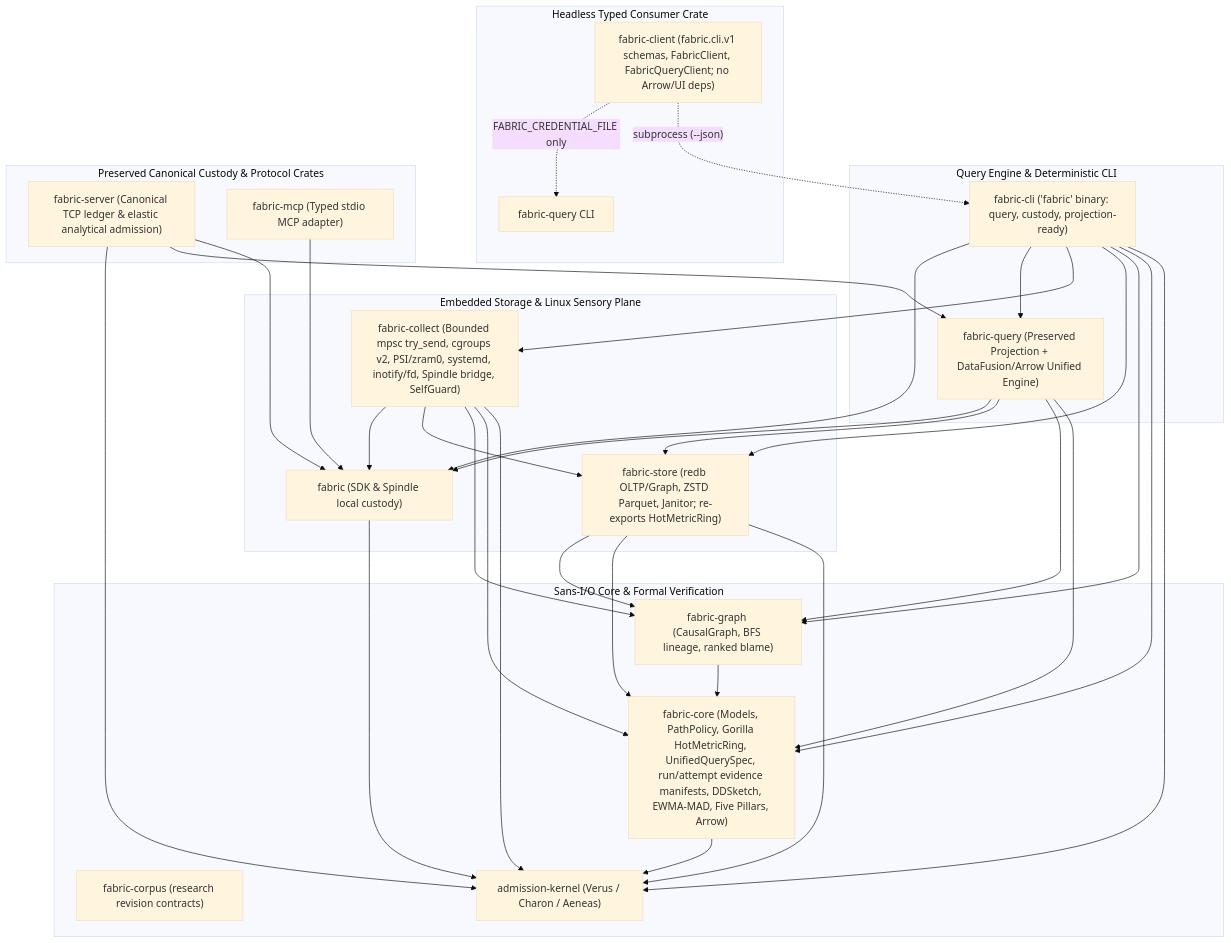
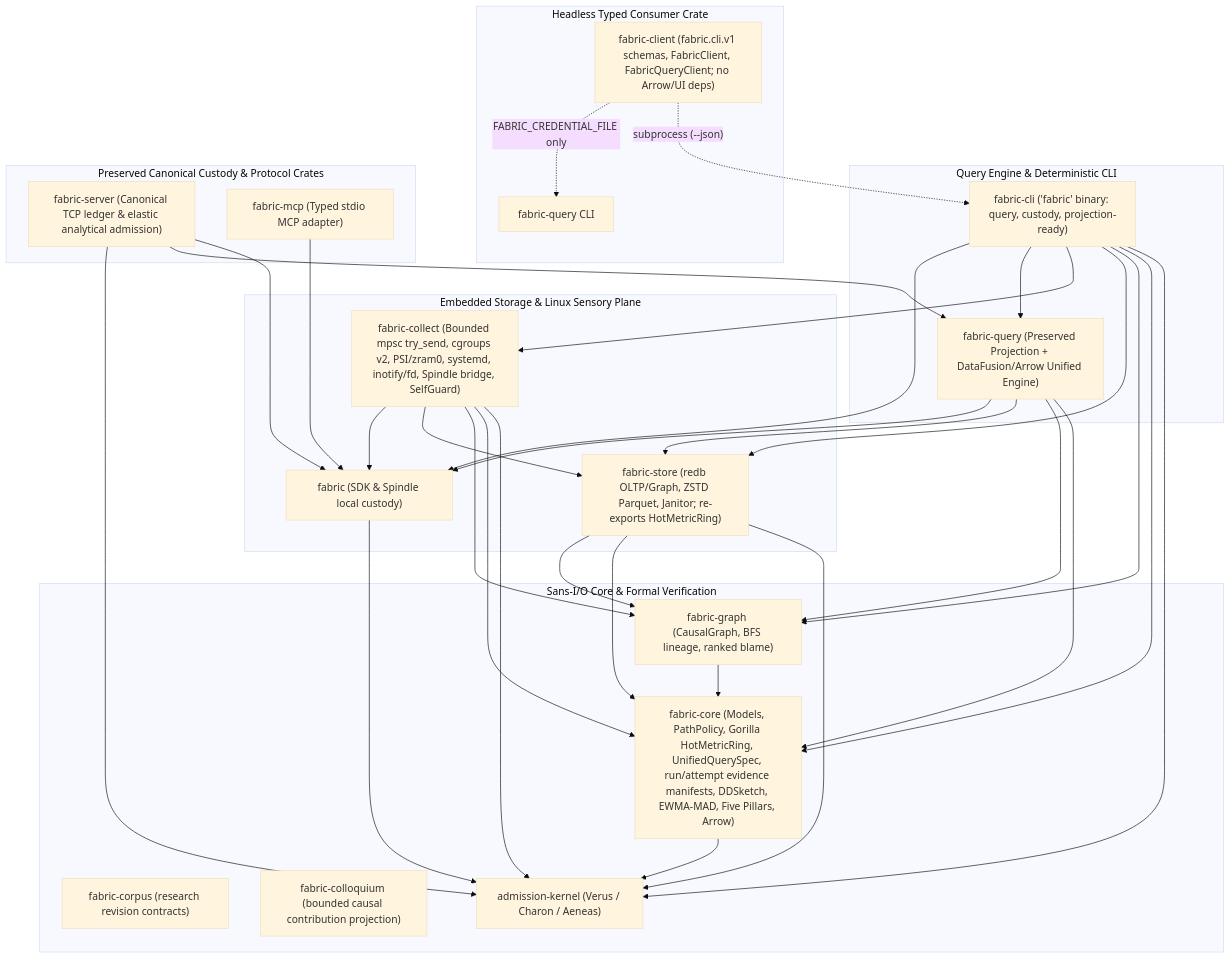
Before and after one commit to kmosoti/FabricO11y: the first of 11 diagrams in docs/architecture.md, drawn with Mermaid (base theme). The commit also changed other lines of this file and 8 other files, not shown here.

Commit message:
feat(colloquium): project bounded causal contributions

````diff
--- a/docs/architecture.md
+++ b/docs/architecture.md
@@ -9,57 +9,58 @@
 ```mermaid
 flowchart TD
     subgraph SansIO["Sans-I/O Core & Formal Verification"]
         CP["fabric-corpus (research revision contracts)"]
+        CC["fabric-colloquium (bounded causal contribution projection)"]
         AK["admission-kernel (Verus / Charon / Aeneas)"]
         FC["fabric-core (Models, PathPolicy, Gorilla HotMetricRing, UnifiedQuerySpec, run/attempt evidence manifests, DDSketch, EWMA-MAD, Five Pillars, Arrow)"]
         FG["fabric-graph (CausalGraph, BFS lineage, ranked blame)"]
         FC --> AK
         FG --> FC
     end
 
     subgraph StorageAndCollection["Embedded Storage & Linux Sensory Plane"]
         FS["fabric-store (redb OLTP/Graph, ZSTD Parquet, Janitor; re-exports HotMetricRing)"]
         COL["fabric-collect (Bounded mpsc try_send, cgroups v2, PSI/zram0, systemd, inotify/fd, Spindle bridge, SelfGuard)"]
         FS --> AK
         FS --> FC
         FS --> FG
         COL --> AK
         COL --> FC
         COL --> FG
         COL --> FS
         COL --> FAB
     end
 
     subgraph QueryAndCLI["Query Engine & Deterministic CLI"]
         FQ["fabric-query (Preserved Projection + DataFusion/Arrow Unified Engine)"]
         CLI["fabric-cli ('fabric' binary: query, custody, projection-ready)"]
         FQ --> FC
         FQ --> FG
         FQ --> FS
         FQ --> FAB
         CLI --> AK
         CLI --> FC
         CLI --> FG
         CLI --> FS
         CLI --> COL
         CLI --> FQ
         CLI --> FAB
     end
 
     subgraph HeadlessClient["Headless Typed Consumer Crate"]
         FCL["fabric-client (fabric.cli.v1 schemas, FabricClient, FabricQueryClient; no Arrow/UI deps)"]
         FCL -. "subprocess (--json)" .-> CLI
         FCL -. "FABRIC_CREDENTIAL_FILE only" .-> FQBIN["fabric-query CLI"]
     end
 
     subgraph PreservedCustody["Preserved Canonical Custody & Protocol Crates"]
         FAB["fabric (SDK & Spindle local custody)"]
         SRV["fabric-server (Canonical TCP ledger & elastic analytical admission)"]
         MCP["fabric-mcp (Typed stdio MCP adapter)"]
         FAB --> AK
         SRV --> FAB
         SRV --> FQ
         SRV --> AK
         MCP --> FAB
     end
 ```
````
